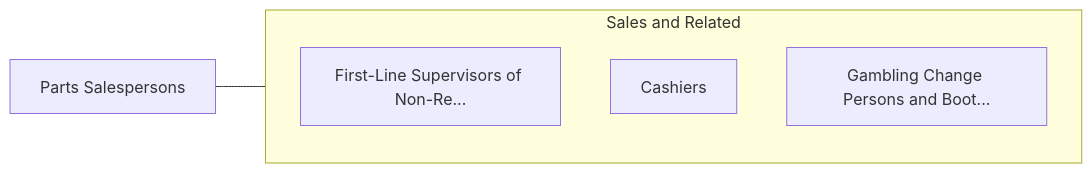
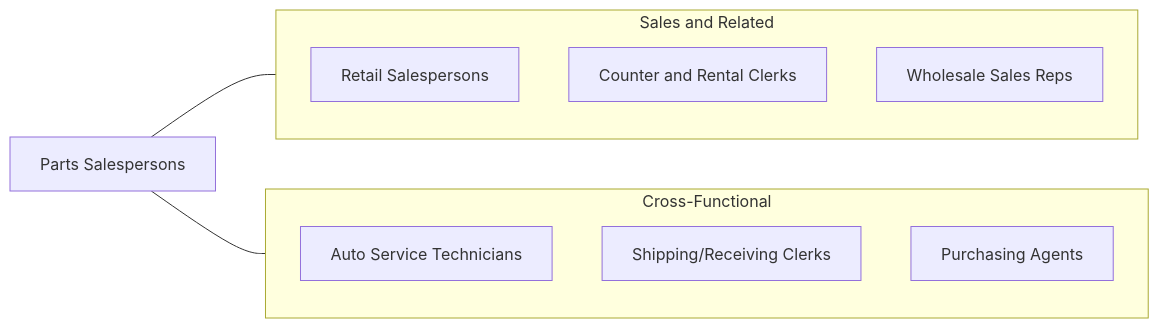
One commit to kziemski/business.org.ai changed the fourth of 4 diagrams in occupations/Sales/PartsSalespersons.mdx. Above: the diagram before and after it, drawn with Mermaid. The commit also changed other lines of this file and 938 other files, not shown here.

````diff
--- a/occupations/Sales/PartsSalespersons.mdx
+++ b/occupations/Sales/PartsSalespersons.mdx
@@ -111,13 +173,19 @@
 ```mermaid
 graph LR
     Current["Parts Salespersons"]
 
     subgraph SameCategory["Sales and Related"]
-        FirstLineSupervisors["First-Line Supervisors of Retail..."]
-        FirstLineSupervisors["First-Line Supervisors of Non-Re..."]
-        Cashiers["Cashiers"]
-        GamblingChangePerson["Gambling Change Persons and Boot..."]
+        Retail["Retail Salespersons"]
+        CounterClerks["Counter and Rental Clerks"]
+        WholesaleReps["Wholesale Sales Reps"]
+    end
+
+    subgraph CrossFunctional["Cross-Functional"]
+        AutoMechanics["Auto Service Technicians"]
+        WarehouseWorkers["Shipping/Receiving Clerks"]
+        Purchasers["Purchasing Agents"]
     end
 
     Current --- SameCategory
+    Current --- CrossFunctional
 ```
````
